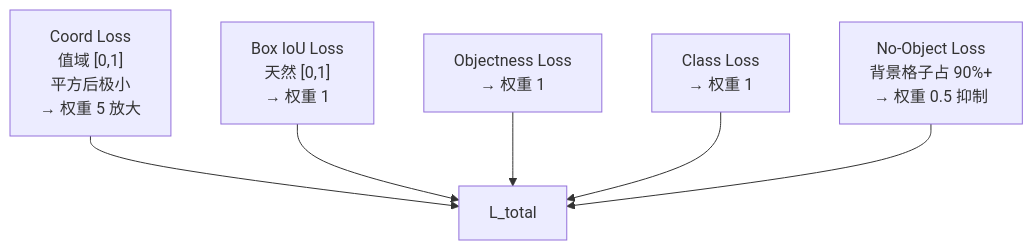
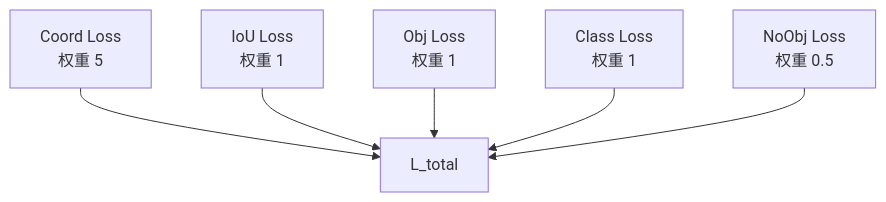
Before and after one commit to yejinlei/agent-yolo: the fourth of 8 diagrams in docs/versions/v1/paper.md, drawn with Mermaid. The commit also changed other lines of this file and 3 other files, not shown here.

First line of the commit message:
全站 mermaid 文字截断修复：fontSize 14→12px + padding 12→14 + v1 长节点拆短

````diff
--- a/docs/versions/v1/paper.md
+++ b/docs/versions/v1/paper.md
@@ -144,9 +144,9 @@
 ```mermaid
 flowchart TB
-    COORD["Coord Loss<br/>值域 [0,1]<br/>平方后极小<br/>→ 权重 5 放大"] --> SUM
-    BOX["Box IoU Loss<br/>天然 [0,1]<br/>→ 权重 1"] --> SUM
-    OBJ["Objectness Loss<br/>→ 权重 1"] --> SUM
-    CLS["Class Loss<br/>→ 权重 1"] --> SUM
-    NOOBJ["No-Object Loss<br/>背景格子占 90%+<br/>→ 权重 0.5 抑制"] --> SUM
+    COORD["Coord Loss<br/>权重 5"] --> SUM
+    BOX["IoU Loss<br/>权重 1"] --> SUM
+    OBJ["Obj Loss<br/>权重 1"] --> SUM
+    CLS["Class Loss<br/>权重 1"] --> SUM
+    NOOBJ["NoObj Loss<br/>权重 0.5"] --> SUM
     SUM["L_total"]
 ```
````
